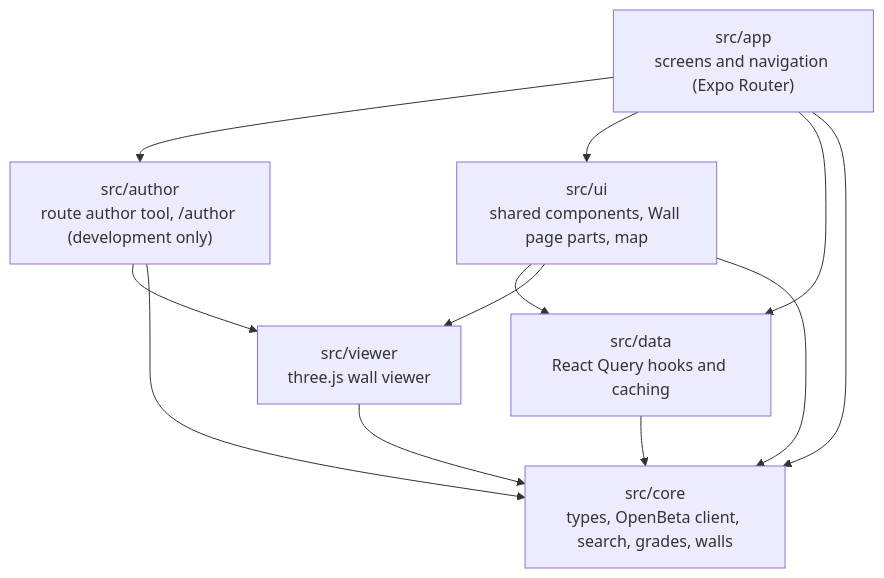
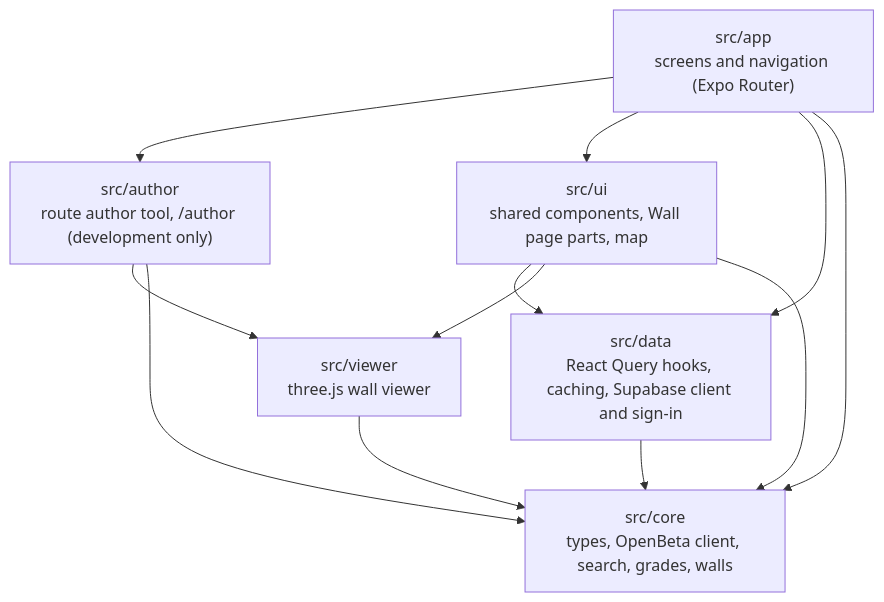
The second of 2 diagrams in docs/architecture/README.md (USU-CSCapstone/ClimbingRoutes), drawn with Mermaid before and after one commit. The commit also changed other lines of this file and 5 other files, not shown here.

````diff
--- a/docs/architecture/README.md
+++ b/docs/architecture/README.md
@@ -45,21 +45,21 @@
 ```mermaid
 flowchart TD
   app["src/app<br/>screens and navigation (Expo Router)"]
   author["src/author<br/>route author tool, /author (development only)"]
   ui["src/ui<br/>shared components, Wall page parts, map"]
-  data["src/data<br/>React Query hooks and caching"]
+  data["src/data<br/>React Query hooks, caching, Supabase client and sign-in"]
   viewer["src/viewer<br/>three.js wall viewer"]
   core["src/core<br/>types, OpenBeta client, search, grades, walls"]
 
   app --> author
   app --> ui
   app --> data
   app --> core
   author --> viewer
   author --> core
   ui --> data
   ui --> viewer
   ui --> core
   data --> core
   viewer --> core
 ```
````
